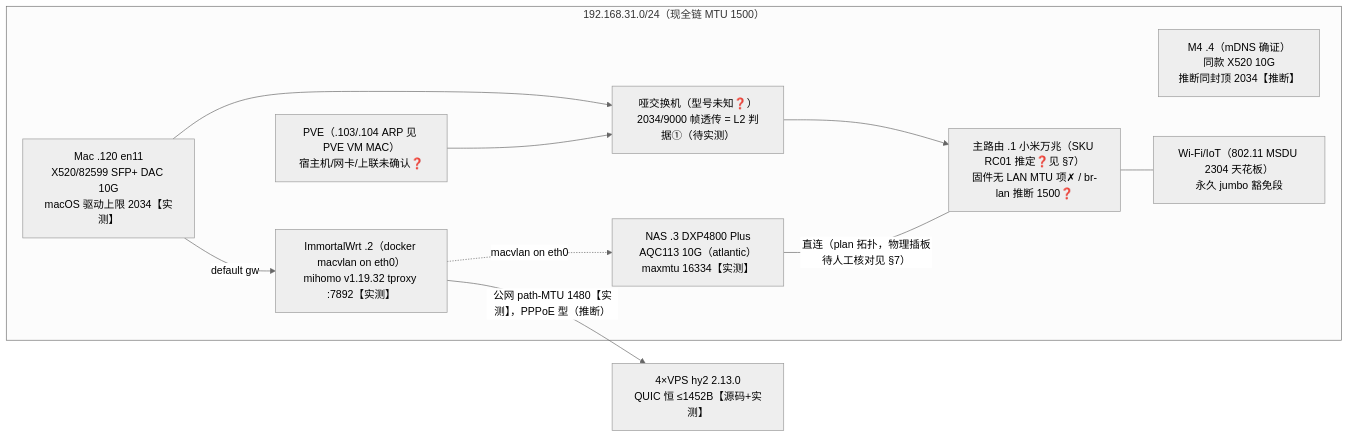
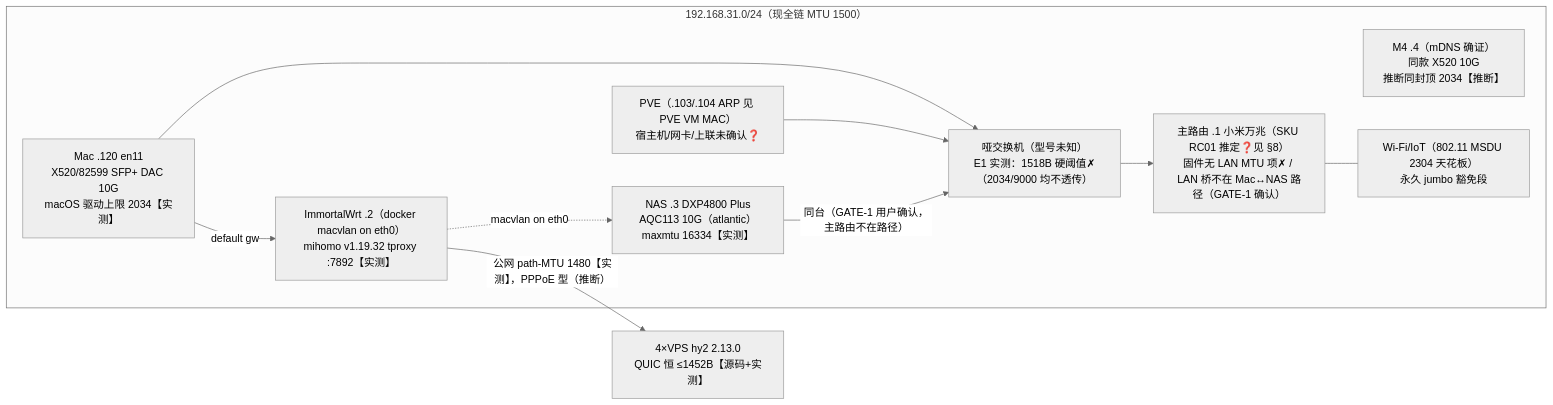
Before and after one commit to soraliu/nixfiles: the diagram in docs/network/jumbo-mtu-research.md, drawn with Mermaid (neutral theme). The commit also changed other lines of this file and 19 other files, not shown here.

````diff
--- a/docs/network/jumbo-mtu-research.md
+++ b/docs/network/jumbo-mtu-research.md
@@ -29,22 +31,22 @@
 ```mermaid
 flowchart LR
     subgraph LAN["192.168.31.0/24（现全链 MTU 1500）"]
-        R["主路由 .1 小米万兆（SKU RC01 推定❓见 §7）<br/>固件无 LAN MTU 项✗ / br-lan 推断 1500❓"]
-        SW["哑交换机（型号未知❓）<br/>2034/9000 帧透传 = L2 判据①（待实测）"]
+        R["主路由 .1 小米万兆（SKU RC01 推定❓见 §8）<br/>固件无 LAN MTU 项✗ / LAN 桥不在 Mac↔NAS 路径（GATE-1 确认）"]
+        SW["哑交换机（型号未知）<br/>E1 实测：1518B 硬阈值✗（2034/9000 均不透传）"]
         MAC["Mac .120 en11<br/>X520/82599 SFP+ DAC 10G<br/>macOS 驱动上限 2034【实测】"]
         M4["M4 .4（mDNS 确证）<br/>同款 X520 10G<br/>推断同封顶 2034【推断】"]
         PVE["PVE（.103/.104 ARP 见 PVE VM MAC）<br/>宿主机/网卡/上联未确认❓"]
         NAS["NAS .3 DXP4800 Plus<br/>AQC113 10G（atlantic）maxmtu 16334【实测】"]
         WRT["ImmortalWrt .2（docker macvlan on eth0）<br/>mihomo v1.19.32 tproxy :7892【实测】"]
         IOT["Wi-Fi/IoT（802.11 MSDU 2304 天花板）<br/>永久 jumbo 豁免段"]
     end
     VPS["4×VPS hy2 2.13.0<br/>QUIC 恒 ≤1452B【源码+实测】"]
     MAC --> SW
     PVE --> SW
     SW --> R
     MAC -->|default gw| WRT
     WRT -.->|macvlan on eth0| NAS
-    NAS ---|直连（plan 拓扑，物理插板待人工核对见 §7）| R
+    NAS -->|同台（GATE-1 用户确认，主路由不在路径）| SW
     R --- IOT
     WRT -->|公网 path-MTU 1480【实测】，PPPoE 型（推断）| VPS
 ```
````
